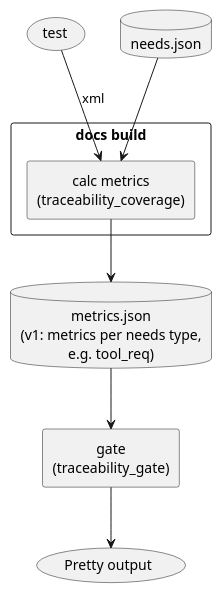
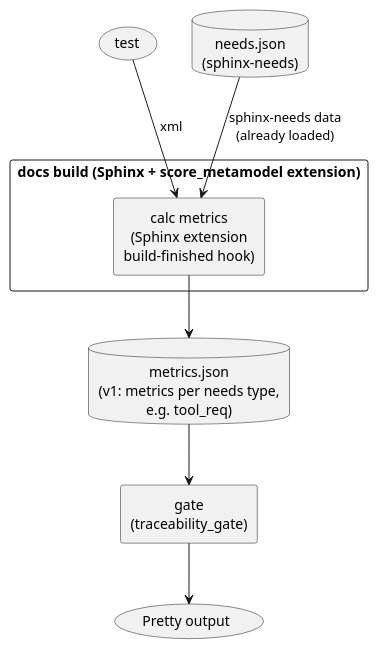
One commit to eclipse-score/docs-as-code changed the diagram in docs/how-to/test_to_doc_links.rst. Above: the diagram before and after it, drawn with PlantUML. The commit also changed other lines of this file and 11 other files, not shown here.

Commit message:
fixed review comments(removed coverage py to utilize extension)

```diff
--- a/docs/how-to/test_to_doc_links.rst
+++ b/docs/how-to/test_to_doc_links.rst
@@ -85,22 +85,22 @@
 .. plantuml::
 
    @startuml
    skinparam componentStyle rectangle
    skinparam defaultTextAlignment center
 
-   rectangle "docs build" {
-     component "calc metrics\n(traceability_coverage)" as coverage
+   rectangle "docs build (Sphinx + score_metamodel extension)" {
+     component "calc metrics\n(Sphinx extension\nbuild-finished hook)" as coverage
    }
 
    usecase "test" as test
-   database "needs.json" as needsjson
+   database "needs.json\n(sphinx-needs)" as needsjson
    database "metrics.json\n(v1: metrics per needs type,\ne.g. tool_req)" as metricsjson
    component "gate\n(traceability_gate)" as gate
 
    test --> coverage : xml
-   needsjson --> coverage
+   needsjson --> coverage : sphinx-needs data\n(already loaded)
    coverage --> metricsjson
    metricsjson --> gate
    gate --> (Pretty output)
 
    @enduml
```
